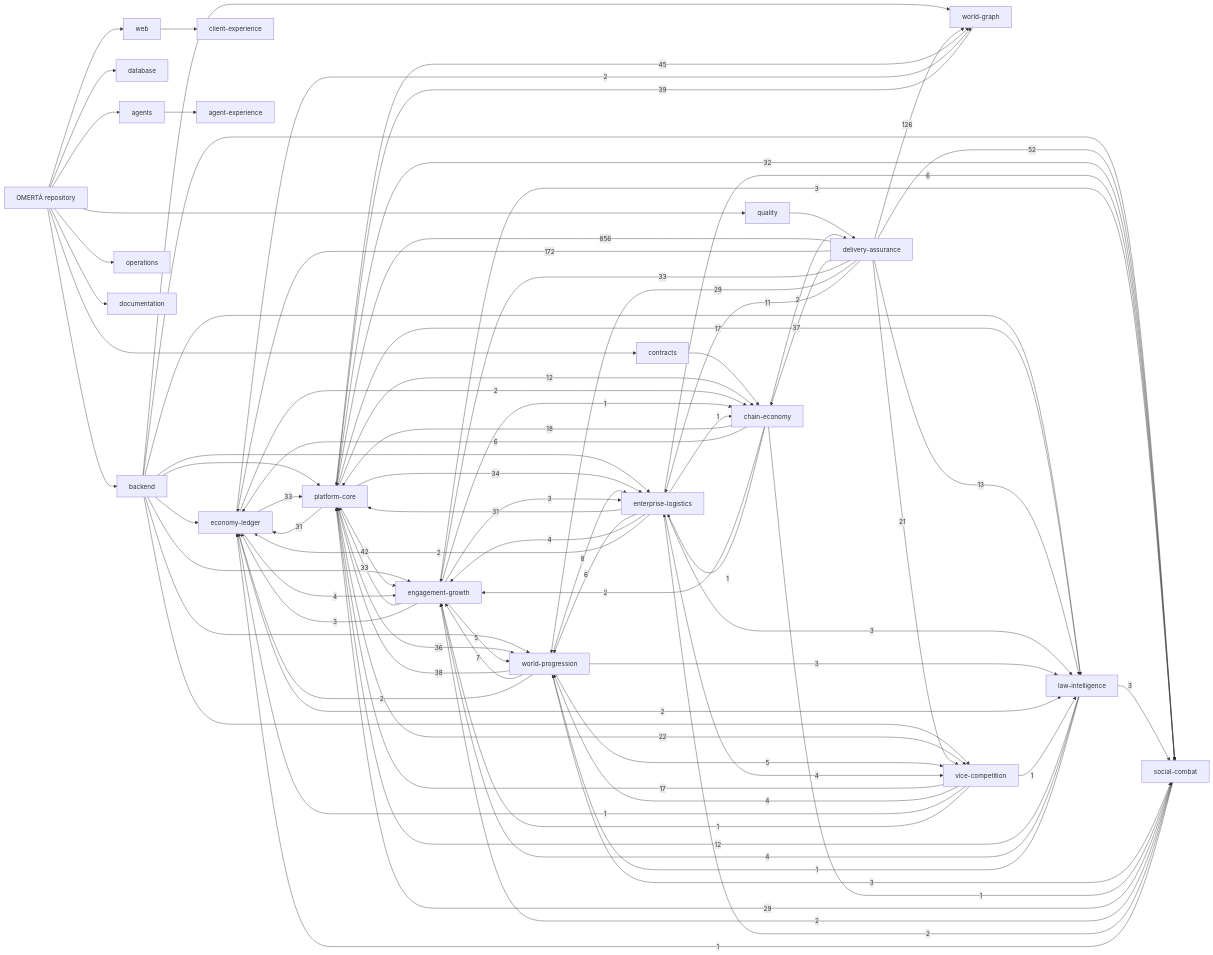
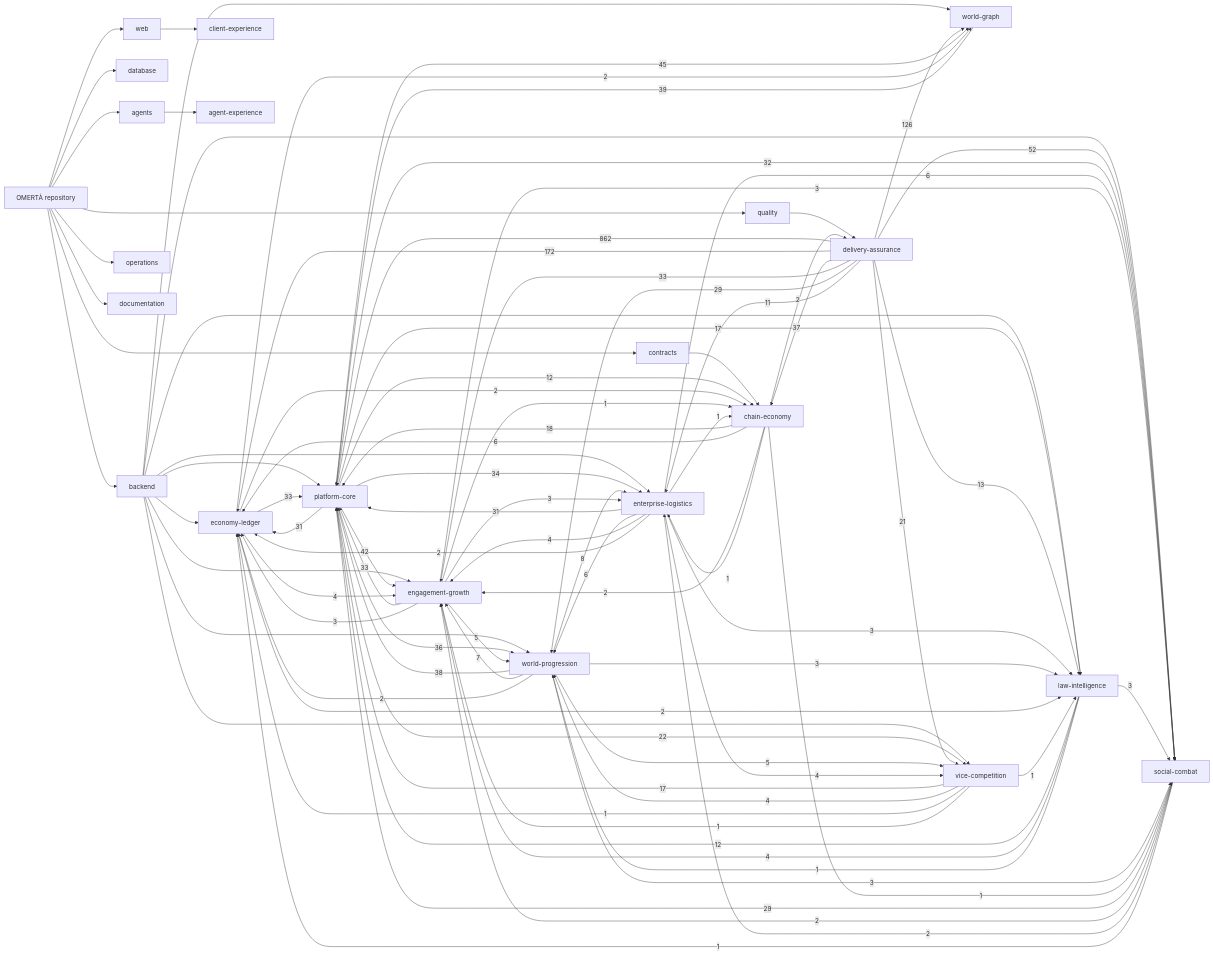
The diagram in knowledge/generated/graph.mmd (OmertaDev/Omerta), drawn with Mermaid before and after one commit. The commit also changed 7 other files, not shown here.

```diff
--- a/knowledge/generated/graph.mmd
+++ b/knowledge/generated/graph.mmd
@@ -1,109 +1,109 @@
 flowchart LR
   repo["OMERTÀ repository"]
   sub_backend["backend"]
   repo --> sub_backend
   sub_database["database"]
   repo --> sub_database
   sub_web["web"]
   repo --> sub_web
   sub_contracts["contracts"]
   repo --> sub_contracts
   sub_agents["agents"]
   repo --> sub_agents
   sub_quality["quality"]
   repo --> sub_quality
   sub_operations["operations"]
   repo --> sub_operations
   sub_documentation["documentation"]
   repo --> sub_documentation
   dom_platform-core["platform-core"]
   dom_economy-ledger["economy-ledger"]
   dom_social-combat["social-combat"]
   dom_world-progression["world-progression"]
   dom_world-graph["world-graph"]
   dom_enterprise-logistics["enterprise-logistics"]
   dom_vice-competition["vice-competition"]
   dom_law-intelligence["law-intelligence"]
   dom_chain-economy["chain-economy"]
   dom_engagement-growth["engagement-growth"]
   dom_client-experience["client-experience"]
   dom_agent-experience["agent-experience"]
   dom_delivery-assurance["delivery-assurance"]
   sub_agents --> dom_agent-experience
   sub_backend --> dom_economy-ledger
   sub_backend --> dom_engagement-growth
   sub_backend --> dom_enterprise-logistics
   sub_backend --> dom_law-intelligence
   sub_backend --> dom_platform-core
   sub_backend --> dom_social-combat
   sub_backend --> dom_vice-competition
   sub_backend --> dom_world-graph
   sub_backend --> dom_world-progression
   sub_contracts --> dom_chain-economy
   sub_quality --> dom_delivery-assurance
   sub_web --> dom_client-experience
-  dom_delivery-assurance -->|856| dom_platform-core
+  dom_delivery-assurance -->|862| dom_platform-core
   dom_delivery-assurance -->|172| dom_economy-ledger
   dom_delivery-assurance -->|126| dom_world-graph
   dom_delivery-assurance -->|52| dom_social-combat
   dom_platform-core -->|45| dom_world-graph
   dom_platform-core -->|42| dom_engagement-growth
   dom_world-graph -->|39| dom_platform-core
   dom_world-progression -->|38| dom_platform-core
   dom_delivery-assurance -->|37| dom_chain-economy
   dom_platform-core -->|36| dom_world-progression
   dom_platform-core -->|34| dom_enterprise-logistics
   dom_delivery-assurance -->|33| dom_engagement-growth
   dom_economy-ledger -->|33| dom_platform-core
   dom_engagement-growth -->|33| dom_platform-core
   dom_platform-core -->|32| dom_social-combat
   dom_enterprise-logistics -->|31| dom_platform-core
   dom_platform-core -->|31| dom_economy-ledger
   dom_delivery-assurance -->|29| dom_world-progression
   dom_social-combat -->|29| dom_platform-core
   dom_platform-core -->|22| dom_vice-competition
   dom_delivery-assurance -->|21| dom_vice-competition
   dom_chain-economy -->|18| dom_platform-core
   dom_platform-core -->|17| dom_law-intelligence
   dom_vice-competition -->|17| dom_platform-core
   dom_delivery-assurance -->|13| dom_law-intelligence
   dom_law-intelligence -->|12| dom_platform-core
   dom_platform-core -->|12| dom_chain-economy
   dom_delivery-assurance -->|11| dom_enterprise-logistics
   dom_world-progression -->|8| dom_enterprise-logistics
   dom_world-progression -->|7| dom_engagement-growth
   dom_chain-economy -->|6| dom_economy-ledger
   dom_enterprise-logistics -->|6| dom_social-combat
   dom_enterprise-logistics -->|6| dom_world-progression
   dom_engagement-growth -->|5| dom_world-progression
   dom_world-progression -->|5| dom_vice-competition
   dom_economy-ledger -->|4| dom_engagement-growth
   dom_enterprise-logistics -->|4| dom_engagement-growth
   dom_enterprise-logistics -->|4| dom_vice-competition
   dom_law-intelligence -->|4| dom_engagement-growth
   dom_vice-competition -->|4| dom_world-progression
   dom_engagement-growth -->|3| dom_economy-ledger
   dom_engagement-growth -->|3| dom_enterprise-logistics
   dom_engagement-growth -->|3| dom_social-combat
   dom_enterprise-logistics -->|3| dom_law-intelligence
   dom_law-intelligence -->|3| dom_social-combat
   dom_world-progression -->|3| dom_law-intelligence
   dom_world-progression -->|3| dom_social-combat
   dom_chain-economy -->|2| dom_delivery-assurance
   dom_chain-economy -->|2| dom_engagement-growth
   dom_economy-ledger -->|2| dom_chain-economy
   dom_economy-ledger -->|2| dom_law-intelligence
   dom_economy-ledger -->|2| dom_world-graph
   dom_enterprise-logistics -->|2| dom_economy-ledger
   dom_social-combat -->|2| dom_engagement-growth
   dom_social-combat -->|2| dom_enterprise-logistics
   dom_world-progression -->|2| dom_economy-ledger
   dom_chain-economy -->|1| dom_enterprise-logistics
   dom_chain-economy -->|1| dom_social-combat
   dom_engagement-growth -->|1| dom_chain-economy
   dom_enterprise-logistics -->|1| dom_chain-economy
   dom_law-intelligence -->|1| dom_world-progression
   dom_social-combat -->|1| dom_economy-ledger
   dom_vice-competition -->|1| dom_economy-ledger
   dom_vice-competition -->|1| dom_engagement-growth
   dom_vice-competition -->|1| dom_law-intelligence
```
